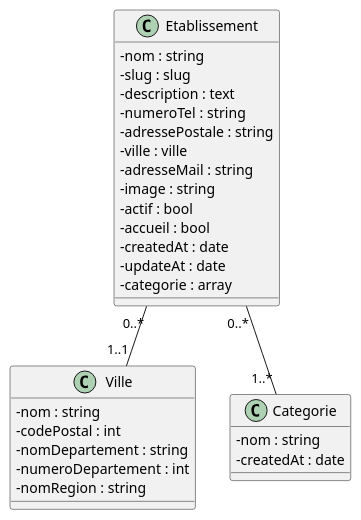
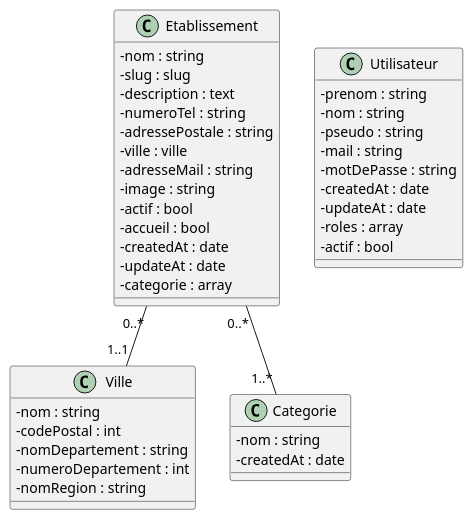
The diagram in documentation/diagrammedeclasse.puml (Zeqhz/fctourisme), drawn with PlantUML before and after one commit. The commit also changed 18 other files, not shown here.

```diff
--- a/documentation/diagrammedeclasse.puml
+++ b/documentation/diagrammedeclasse.puml
@@ -1,37 +1,53 @@
 @startuml
 'https://plantuml.com/class-diagram
 skinparam classAttributeIconSize 0
 
 class Etablissement {
 - nom : string
 - slug : slug
 - description : text
 - numeroTel : string
 - adressePostale : string
 - ville : ville
 - adresseMail : string
 - image : string
 - actif : bool
 - accueil : bool
 - createdAt : date
 - updateAt : date
 - categorie : array
 }
 
 class Ville {
 - nom : string
 - codePostal : int
 - nomDepartement : string
 - numeroDepartement : int
 - nomRegion : string
 }
 
 class Categorie {
 - nom : string
 - createdAt : date
 }
 
+class Utilisateur {
+- prenom : string
+- nom : string
+- pseudo : string
+- mail : string
+- motDePasse : string
+- createdAt : date
+- updateAt : date
+- roles : array
+- actif : bool
+}
+
+
 Etablissement "0..*"--"1..*" Categorie
 Etablissement "0..*"--"1..1" Ville
 
+
+
+
 @enduml
```
